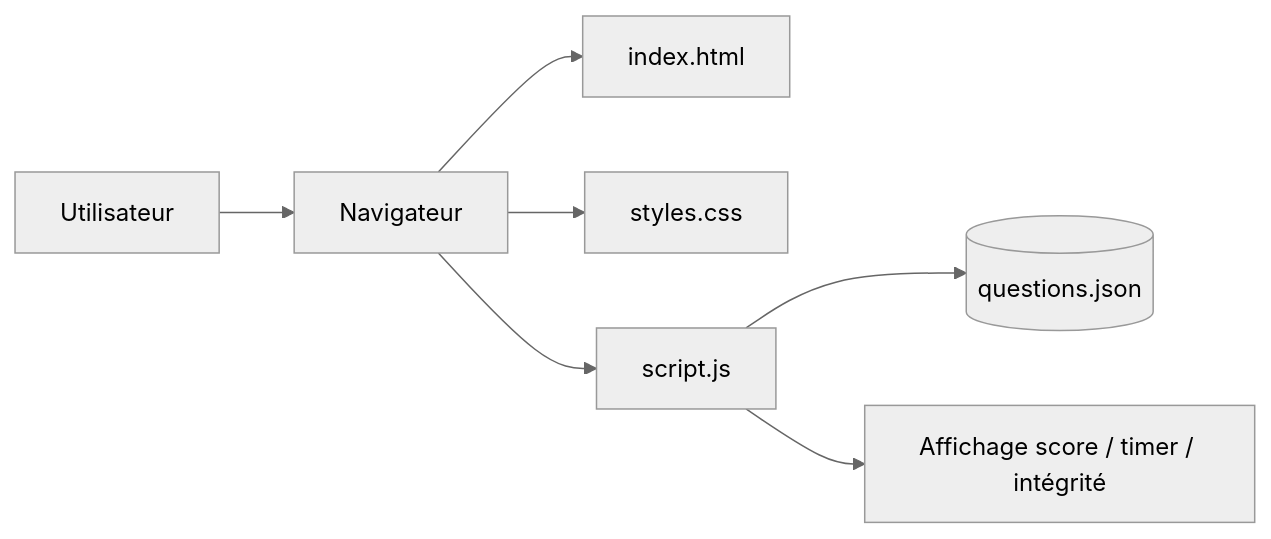
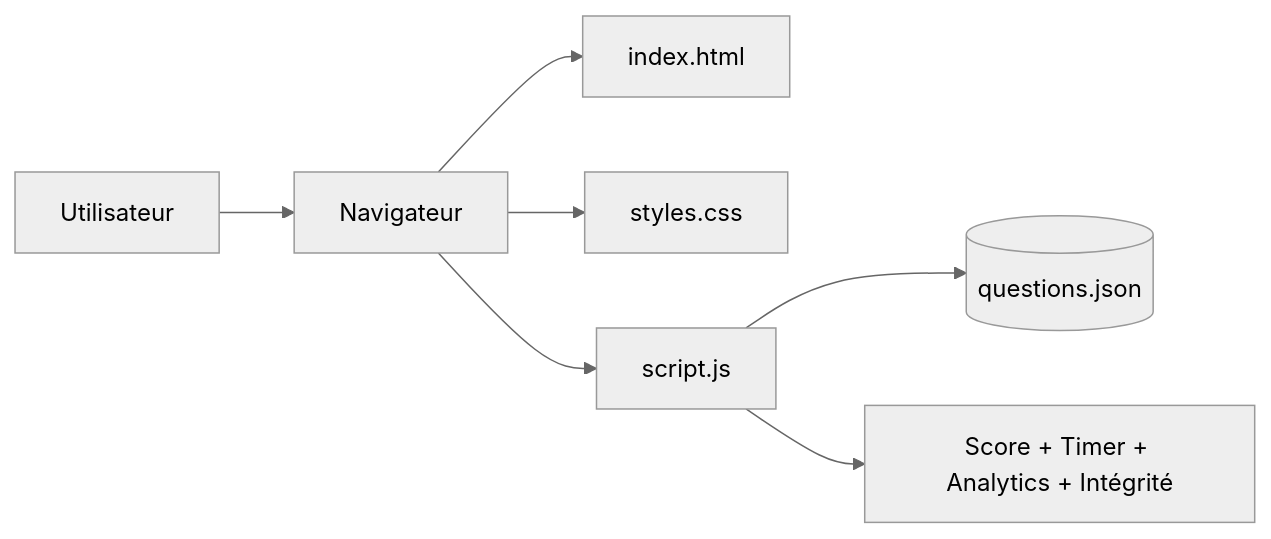
Before and after one commit to ynotopec/evaluate-my-code: the diagram in docs/architecture.md, drawn with Mermaid (neutral theme). The commit also changed other lines of this file and 6 other files, not shown here.

````diff
--- a/docs/architecture.md
+++ b/docs/architecture.md
@@ -5,9 +5,9 @@
 ```mermaid
 flowchart LR
     U[Utilisateur] --> B[Navigateur]
     B --> H[index.html]
     B --> C[styles.css]
     B --> JS[script.js]
     JS --> Q[(questions.json)]
-    JS --> UI[Affichage score / timer / intégrité]
+    JS --> S[Score + Timer + Analytics + Intégrité]
 ```
````
